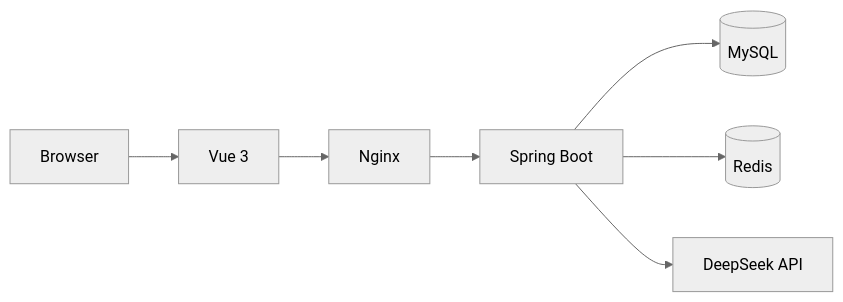
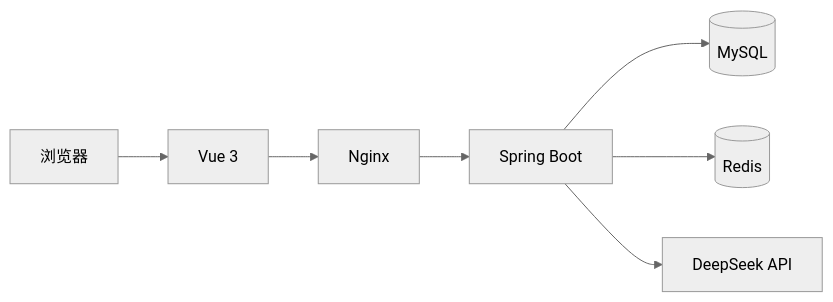
Before and after one commit to z1x2c3v4b5n6/AIStudyPlannerAgent: the first of 2 diagrams in README.md, drawn with Mermaid (neutral theme). The commit also changed other lines of this file and 5 other files, not shown here.

````diff
--- a/README.md
+++ b/README.md
@@ -29,9 +44,9 @@
 ```mermaid
 flowchart LR
-    U[Browser] --> V[Vue 3]
+    U[浏览器] --> V[Vue 3]
     V --> N[Nginx]
     N --> B[Spring Boot]
     B --> M[(MySQL)]
     B --> R[(Redis)]
     B --> D[DeepSeek API]
 ```
````
